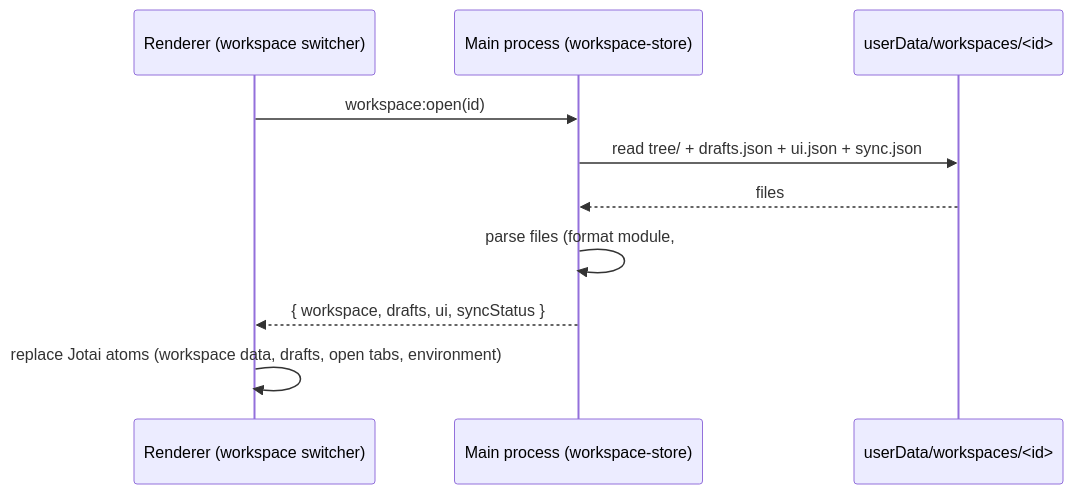
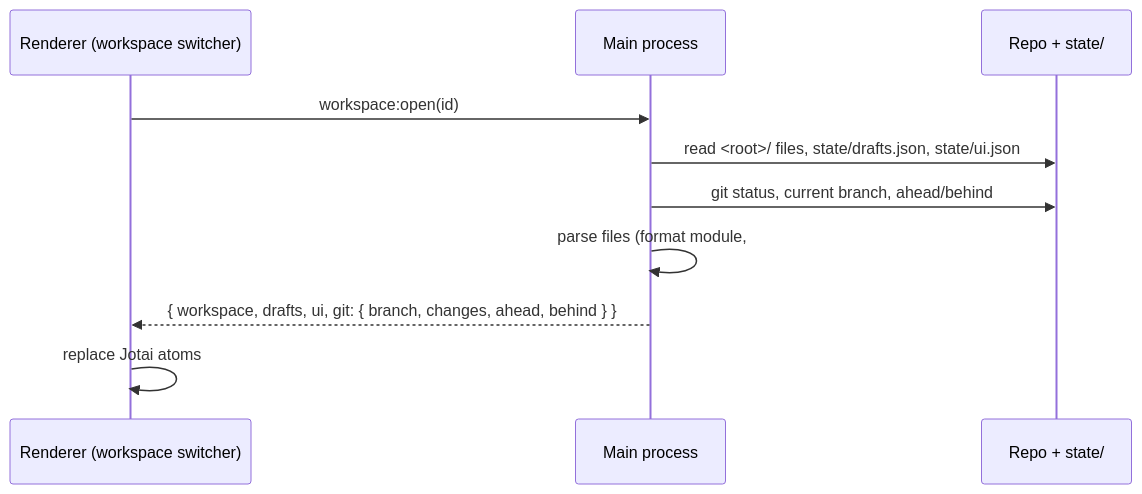
Before and after one commit to sagarsen2023/aurolis-api-client: the first of 2 diagrams in docs/workspace-architecture.md, drawn with Mermaid. The commit also changed other lines of this file and 1 other file, not shown here.

First line of the commit message:
Revise workspace architecture: workspaces are local git repositories

````diff
--- a/docs/workspace-architecture.md
+++ b/docs/workspace-architecture.md
@@ -191,13 +186,13 @@
 ```mermaid
 sequenceDiagram
     participant UI as Renderer (workspace switcher)
-    participant Main as Main process (workspace-store)
-    participant Disk as userData/workspaces/<id>
+    participant Main as Main process
+    participant Disk as Repo + state/
 
     UI->>Main: workspace:open(id)
-    Main->>Disk: read tree/ + drafts.json + ui.json + sync.json
-    Disk-->>Main: files
+    Main->>Disk: read <root>/ files, state/drafts.json, state/ui.json
+    Main->>Disk: git status, current branch, ahead/behind
     Main->>Main: parse files (format module, #4), set activeWorkspaceId, lastOpenedAt
-    Main-->>UI: { workspace, drafts, ui, syncStatus }
-    UI->>UI: replace Jotai atoms (workspace data, drafts, open tabs, environment)
+    Main-->>UI: { workspace, drafts, ui, git: { branch, changes, ahead, behind } }
+    UI->>UI: replace Jotai atoms
 ```
````
